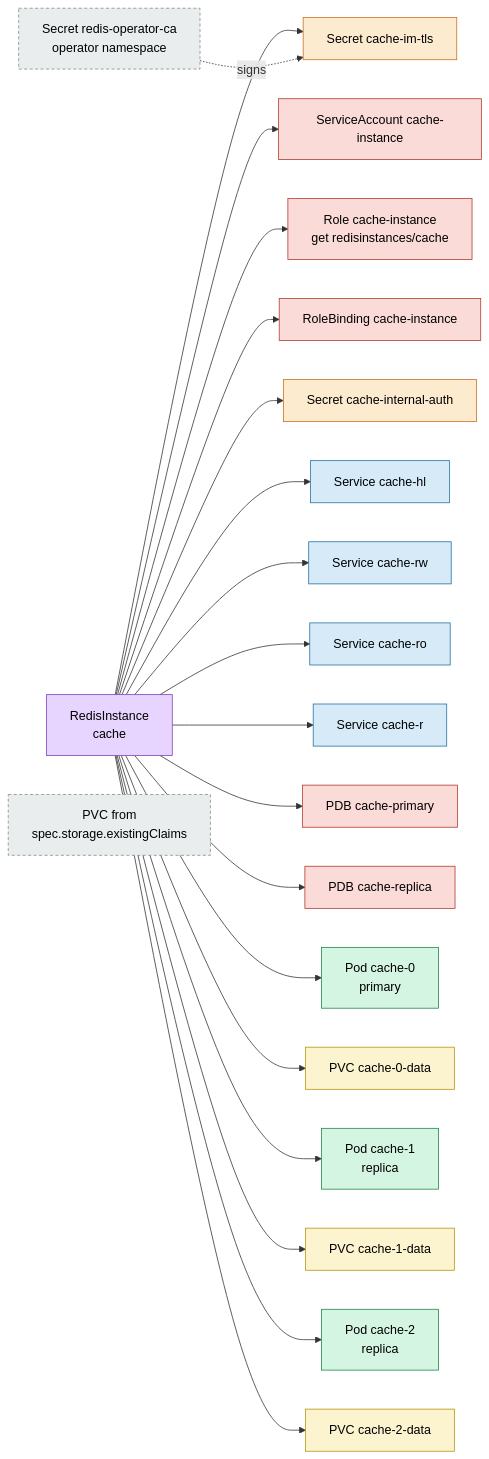
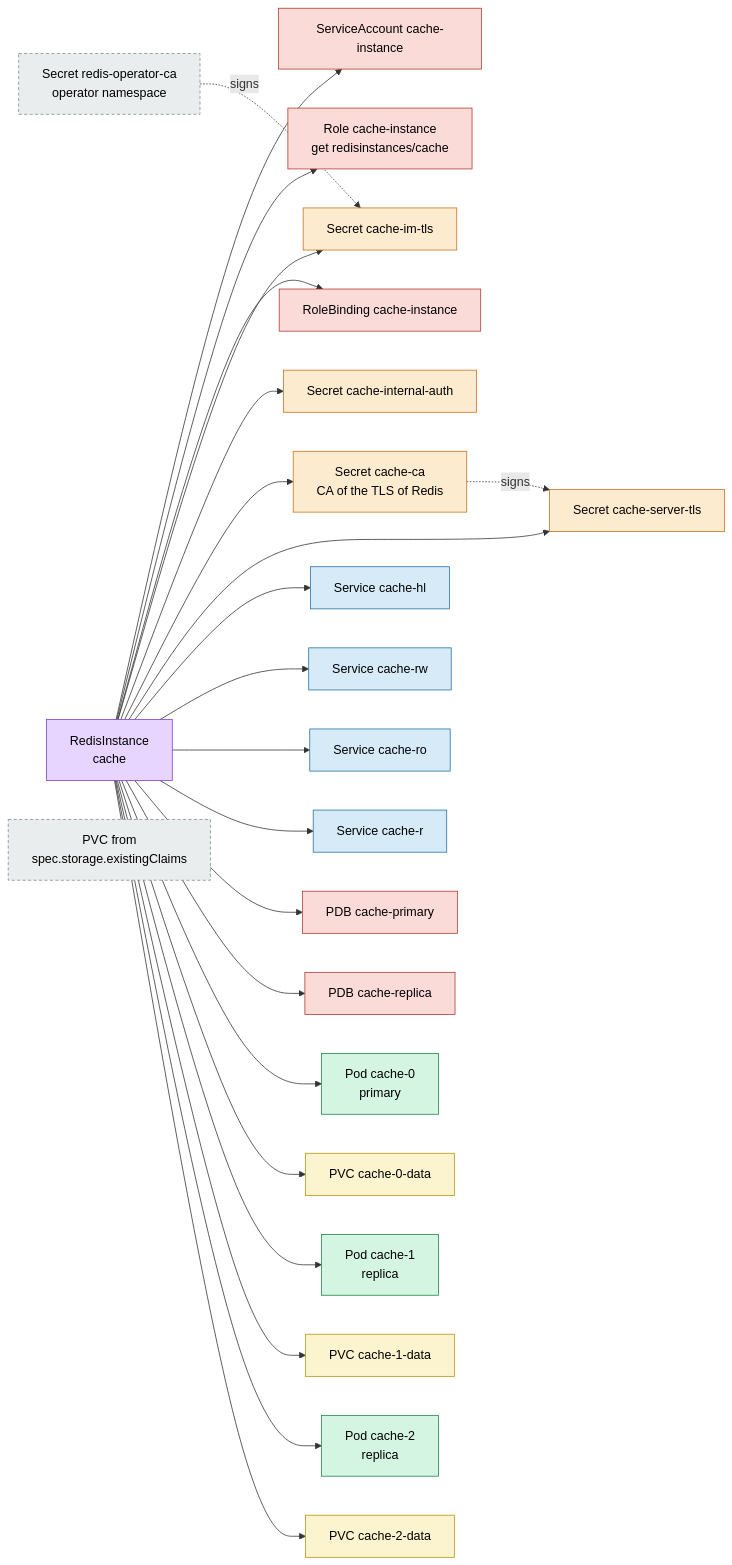
Before and after one commit to MrPickle311/redis-operator: the first of 9 diagrams in docs/architecture.md, drawn with Mermaid. The commit also changed other lines of this file and 13 other files, not shown here.

Commit message:
Enable per-instance Redis TLS with internal PKI, certificate rotation, and validation tests

````diff
--- a/docs/architecture.md
+++ b/docs/architecture.md
@@ -13,34 +13,37 @@
 ```mermaid
 flowchart LR
     classDef cr fill:#e8d5ff,stroke:#7b3fbf,color:#000
     classDef pod fill:#d5f5e3,stroke:#1e8449,color:#000
     classDef svc fill:#d6eaf8,stroke:#2471a3,color:#000
     classDef secret fill:#fdebd0,stroke:#ca6f1e,color:#000
     classDef pvc fill:#fcf3cf,stroke:#b7950b,color:#000
     classDef rbac fill:#fadbd8,stroke:#b03a2e,color:#000
     classDef ext fill:#eaeded,stroke:#7f8c8d,color:#000,stroke-dasharray:4 3
 
     CA["Secret redis-operator-ca<br/>operator namespace"]:::ext
     RI["RedisInstance<br/>cache"]:::cr
     EXT["PVC from<br/>spec.storage.existingClaims"]:::ext
 
     RI --> SA["ServiceAccount cache-instance"]:::rbac
     RI --> ROLE["Role cache-instance<br/>get redisinstances/cache"]:::rbac
     RI --> RB["RoleBinding cache-instance"]:::rbac
     RI --> TLS["Secret cache-im-tls"]:::secret
     RI --> AUTH["Secret cache-internal-auth"]:::secret
+    RI --> RCA["Secret cache-ca<br/>CA of the TLS of Redis"]:::secret
+    RI --> RTLS["Secret cache-server-tls"]:::secret
+    RCA -. signs .-> RTLS
     RI --> HL["Service cache-hl"]:::svc
     RI --> RW["Service cache-rw"]:::svc
     RI --> RO["Service cache-ro"]:::svc
     RI --> R["Service cache-r"]:::svc
     RI --> PDBP["PDB cache-primary"]:::rbac
     RI --> PDBR["PDB cache-replica"]:::rbac
     RI --> P0["Pod cache-0<br/>primary"]:::pod
     RI --> D0["PVC cache-0-data"]:::pvc
     RI --> P1["Pod cache-1<br/>replica"]:::pod
     RI --> D1["PVC cache-1-data"]:::pvc
     RI --> P2["Pod cache-2<br/>replica"]:::pod
     RI --> D2["PVC cache-2-data"]:::pvc
 
     CA -. signs .-> TLS
 ```
````
